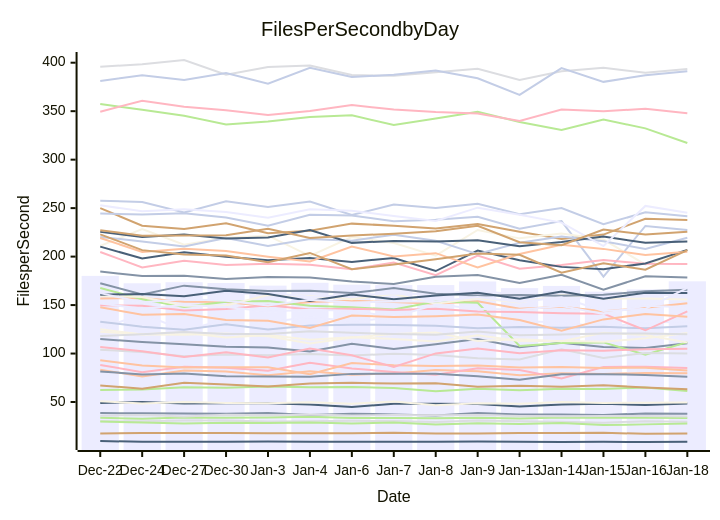
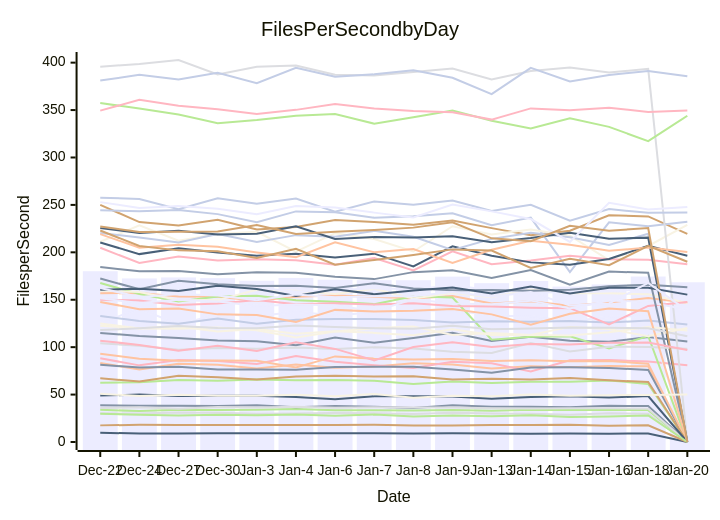
Before and after one commit to streetsidesoftware/cspell: the diagram in perf-report.md, drawn with Mermaid. The commit also changed other lines of this file and 1 other file, not shown here.

````diff
--- a/perf-report.md
+++ b/perf-report.md
@@ -10,57 +10,57 @@
 ```mermaid
 xychart-beta
     title Files Per Second by Day
     y-axis Files per Second
-    x-axis Date [Dec-22, Dec-24, Dec-27, Dec-30, Jan-3, Jan-4, Jan-6, Jan-7, Jan-8, Jan-9, Jan-13, Jan-14, Jan-15, Jan-16, Jan-18]
-    bar [180.09, 172.48, 173.54, 172.79, 170.07, 172.98, 171.06, 170.63, 170.60, 174.36, 167.48, 169.75, 163.88, 166.13, 174.50]
-    line [115.03, 111.88, 109.68, 107.07, 106.25, 102.14, 110.16, 104.65, 109.58, 115.11, 106.48, 111.07, 106.70, 105.83, 110.59]
-    line [83.25, 76.44, 82.43, 81.41, 77.52, 81.68, 78.20, 79.53, 83.01, 81.62, 77.54, 79.76, 78.94, 80.05, 79.79]
-    line [30.24, 30.04, 30.99, 30.88, 29.79, 30.12, 30.58, 30.44, 29.43, 30.82, 30.13, 29.74, 28.69, 30.19, 29.74]
-    line [33.89, 32.69, 33.95, 33.78, 33.96, 34.86, 33.41, 33.47, 33.19, 33.82, 33.01, 34.00, 33.70, 33.67, 33.62]
-    line [249.98, 231.90, 228.38, 234.40, 224.05, 226.75, 234.01, 231.87, 229.00, 233.60, 225.53, 218.14, 222.73, 239.07, 237.86]
-    line [244.43, 243.32, 244.74, 240.28, 231.82, 243.15, 242.35, 236.52, 238.12, 241.19, 228.64, 236.61, 179.24, 231.58, 227.41]
-    line [88.26, 80.81, 86.47, 85.34, 82.22, 90.61, 84.54, 80.98, 78.06, 84.72, 83.13, 74.36, 86.16, 86.38, 84.98]
-    line [9.78, 8.90, 9.07, 9.12, 9.16, 9.11, 9.12, 9.14, 8.90, 9.21, 9.09, 8.82, 8.93, 8.76, 8.99]
-    line [211.10, 228.39, 212.27, 219.38, 221.60, 200.66, 220.18, 213.99, 200.90, 227.46, 218.81, 223.94, 217.59, 191.78, 206.70]
-    line [125.20, 140.89, 123.76, 134.99, 132.64, 137.41, 133.47, 136.71, 138.45, 138.88, 133.26, 132.31, 127.23, 131.76, 132.93]
-    line [38.70, 38.32, 38.26, 37.85, 38.77, 36.54, 38.02, 37.20, 35.97, 38.77, 37.19, 37.15, 36.65, 38.13, 37.95]
-    line [156.77, 157.19, 153.46, 153.21, 148.91, 153.20, 154.41, 153.05, 151.33, 153.98, 146.13, 148.32, 143.55, 147.19, 151.83]
-    line [35.79, 36.55, 35.09, 36.98, 36.38, 37.08, 36.07, 36.65, 36.34, 36.49, 35.46, 35.24, 35.59, 35.58, 35.07]
-    line [167.61, 155.99, 148.15, 153.37, 154.17, 149.42, 147.86, 145.38, 153.63, 152.37, 107.78, 110.93, 111.50, 98.69, 111.74]
-    line [17.53, 18.08, 17.97, 17.93, 17.83, 17.83, 17.89, 18.19, 17.48, 17.44, 18.04, 18.04, 18.22, 17.23, 17.55]
-    line [132.89, 127.54, 124.61, 130.19, 124.72, 128.97, 129.63, 129.57, 128.75, 125.98, 127.26, 126.67, 127.57, 126.01, 128.09]
-    line [204.78, 188.75, 195.62, 191.45, 192.64, 191.68, 186.85, 193.93, 180.85, 201.04, 187.54, 191.28, 196.46, 192.64, 192.25]
-    line [210.28, 198.12, 204.40, 199.78, 196.30, 198.61, 194.45, 198.60, 185.12, 206.27, 196.30, 189.40, 186.97, 192.92, 206.92]
-    line [159.56, 158.26, 149.38, 149.63, 160.44, 159.38, 155.94, 161.49, 151.30, 157.09, 152.68, 160.69, 156.79, 156.81, 155.73]
-    line [171.52, 161.55, 160.38, 161.25, 162.72, 158.59, 160.02, 162.06, 161.10, 164.91, 160.36, 157.59, 157.97, 159.04, 161.40]
-    line [81.49, 78.49, 79.44, 76.50, 76.34, 76.08, 79.03, 79.23, 79.24, 76.50, 72.97, 78.65, 78.72, 77.98, 76.03]
-    line [93.06, 87.76, 85.72, 85.81, 85.78, 78.64, 90.27, 87.90, 87.06, 87.60, 85.54, 86.15, 85.12, 85.43, 82.51]
-    line [395.71, 398.52, 402.79, 387.60, 395.60, 397.05, 387.31, 386.47, 390.16, 393.74, 382.18, 391.17, 394.86, 389.55, 393.53]
-    line [62.39, 63.01, 65.26, 64.66, 65.89, 65.11, 65.47, 64.47, 61.13, 63.67, 62.15, 63.63, 63.52, 64.93, 61.26]
-    line [67.11, 63.78, 69.83, 68.15, 65.99, 69.11, 69.77, 69.09, 69.36, 65.84, 66.66, 65.78, 67.40, 65.04, 63.23]
-    line [220.31, 215.56, 210.39, 219.17, 210.98, 218.13, 216.47, 222.63, 216.37, 202.60, 214.18, 220.74, 215.80, 207.87, 219.52]
-    line [149.89, 149.32, 144.39, 145.93, 149.70, 145.36, 146.19, 145.02, 146.18, 143.49, 142.76, 141.64, 141.15, 123.99, 143.49]
-    line [225.51, 220.33, 222.69, 218.79, 219.63, 227.40, 214.16, 216.11, 215.58, 216.92, 210.61, 215.07, 220.69, 214.26, 215.48]
-    line [124.95, 119.60, 119.43, 120.64, 117.82, 110.33, 116.53, 120.08, 121.77, 112.94, 114.87, 112.73, 121.37, 119.21, 111.41]
-    line [151.56, 146.50, 150.10, 148.04, 143.32, 145.06, 144.14, 137.83, 150.50, 146.15, 145.30, 149.05, 140.78, 149.26, 147.65]
-    line [184.52, 180.06, 180.25, 176.99, 178.92, 178.38, 174.22, 171.75, 179.11, 181.04, 172.87, 181.24, 165.83, 179.67, 178.49]
-    line [219.19, 204.86, 207.97, 205.76, 199.93, 194.96, 210.48, 200.08, 203.53, 188.73, 202.65, 212.27, 207.96, 201.68, 204.97]
-    line [104.04, 101.53, 97.16, 99.08, 98.33, 99.60, 97.96, 99.84, 98.62, 95.10, 93.83, 104.36, 95.41, 100.49, 100.17]
-    line [357.38, 351.53, 345.39, 336.17, 339.40, 343.93, 345.83, 335.66, 342.43, 349.42, 338.80, 330.51, 341.37, 332.29, 317.17]
-    line [222.98, 206.68, 202.06, 201.20, 194.13, 203.79, 186.99, 191.85, 197.16, 203.10, 201.84, 183.49, 193.18, 186.41, 206.76]
-    line [257.62, 256.30, 245.45, 257.10, 251.12, 256.72, 242.84, 253.62, 250.11, 254.55, 243.64, 250.04, 233.42, 245.62, 241.64]
-    line [349.43, 360.81, 354.60, 350.95, 345.98, 350.21, 356.35, 351.62, 349.11, 347.65, 339.94, 351.75, 349.84, 352.46, 347.95]
-    line [48.96, 49.98, 48.46, 48.82, 48.74, 47.38, 44.97, 48.20, 48.28, 47.88, 45.48, 47.52, 48.15, 46.82, 48.44]
-    line [122.57, 119.82, 121.66, 116.64, 119.03, 114.16, 116.74, 115.06, 112.51, 118.83, 112.95, 112.89, 112.17, 115.75, 121.13]
-    line [252.93, 246.70, 248.73, 245.95, 240.13, 248.92, 247.35, 241.85, 236.85, 250.47, 243.18, 235.07, 210.91, 252.26, 245.25]
-    line [172.46, 160.97, 170.04, 166.42, 164.47, 164.70, 162.35, 167.49, 161.75, 159.91, 160.33, 159.51, 160.62, 164.27, 165.83]
-    line [147.65, 140.01, 140.67, 134.58, 133.84, 126.46, 139.31, 137.59, 138.48, 140.31, 134.58, 123.64, 135.23, 140.79, 137.86]
-    line [117.98, 119.98, 122.26, 120.11, 120.07, 122.96, 121.36, 120.04, 119.36, 122.67, 118.82, 119.70, 120.72, 120.60, 119.83]
-    line [29.86, 28.77, 27.94, 28.71, 28.29, 28.89, 27.76, 28.93, 26.82, 27.98, 27.25, 28.25, 26.29, 26.94, 27.92]
-    line [227.25, 221.39, 221.64, 222.00, 228.77, 219.30, 221.68, 223.62, 226.04, 231.74, 214.77, 211.68, 227.93, 222.84, 225.57]
-    line [381.16, 387.10, 382.18, 389.40, 378.43, 394.66, 385.25, 387.67, 392.05, 384.01, 366.78, 394.48, 380.24, 387.08, 391.19]
-    line [106.83, 102.33, 96.35, 101.39, 95.92, 105.11, 98.16, 86.10, 100.14, 105.08, 100.22, 103.42, 102.77, 104.55, 104.84]
-    line [160.66, 161.47, 159.18, 164.75, 161.43, 154.09, 160.97, 155.89, 159.83, 162.81, 156.59, 163.92, 156.50, 162.70, 162.52]
-    line [50.84, 48.41, 49.94, 48.88, 48.70, 49.88, 48.16, 50.54, 46.59, 48.81, 48.15, 49.96, 48.86, 49.35, 49.61]
-    line [162.32, 152.82, 156.10, 154.49, 149.59, 155.51, 152.61, 153.69, 153.81, 158.28, 153.24, 158.05, 143.97, 146.11, 167.84]
+    x-axis Date [Dec-22, Dec-24, Dec-27, Dec-30, Jan-3, Jan-4, Jan-6, Jan-7, Jan-8, Jan-9, Jan-13, Jan-14, Jan-15, Jan-16, Jan-18, Jan-20]
+    bar [180.09, 172.48, 173.54, 172.79, 170.07, 172.98, 171.06, 170.63, 170.60, 174.36, 167.48, 169.75, 163.88, 166.13, 174.50, 168.43]
+    line [115.03, 111.88, 109.68, 107.07, 106.25, 102.14, 110.16, 104.65, 109.58, 115.11, 106.48, 111.07, 106.70, 105.83, 110.59, 105.90]
+    line [83.25, 76.44, 82.43, 81.41, 77.52, 81.68, 78.20, 79.53, 83.01, 81.62, 77.54, 79.76, 78.94, 80.05, 79.79, 0.00]
+    line [30.24, 30.04, 30.99, 30.88, 29.79, 30.12, 30.58, 30.44, 29.43, 30.82, 30.13, 29.74, 28.69, 30.19, 29.74, 0.00]
+    line [33.89, 32.69, 33.95, 33.78, 33.96, 34.86, 33.41, 33.47, 33.19, 33.82, 33.01, 34.00, 33.70, 33.67, 33.62, 0.00]
+    line [249.98, 231.90, 228.38, 234.40, 224.05, 226.75, 234.01, 231.87, 229.00, 233.60, 225.53, 218.14, 222.73, 239.07, 237.86, 219.38]
+    line [244.43, 243.32, 244.74, 240.28, 231.82, 243.15, 242.35, 236.52, 238.12, 241.19, 228.64, 236.61, 179.24, 231.58, 227.41, 232.25]
+    line [88.26, 80.81, 86.47, 85.34, 82.22, 90.61, 84.54, 80.98, 78.06, 84.72, 83.13, 74.36, 86.16, 86.38, 84.98, 80.87]
+    line [9.78, 8.90, 9.07, 9.12, 9.16, 9.11, 9.12, 9.14, 8.90, 9.21, 9.09, 8.82, 8.93, 8.76, 8.99, 0.00]
+    line [211.10, 228.39, 212.27, 219.38, 221.60, 200.66, 220.18, 213.99, 200.90, 227.46, 218.81, 223.94, 217.59, 191.78, 206.70, 229.01]
+    line [125.20, 140.89, 123.76, 134.99, 132.64, 137.41, 133.47, 136.71, 138.45, 138.88, 133.26, 132.31, 127.23, 131.76, 132.93, 0.00]
+    line [38.70, 38.32, 38.26, 37.85, 38.77, 36.54, 38.02, 37.20, 35.97, 38.77, 37.19, 37.15, 36.65, 38.13, 37.95, 0.00]
+    line [156.77, 157.19, 153.46, 153.21, 148.91, 153.20, 154.41, 153.05, 151.33, 153.98, 146.13, 148.32, 143.55, 147.19, 151.83, 146.83]
+    line [35.79, 36.55, 35.09, 36.98, 36.38, 37.08, 36.07, 36.65, 36.34, 36.49, 35.46, 35.24, 35.59, 35.58, 35.07, 0.00]
+    line [167.61, 155.99, 148.15, 153.37, 154.17, 149.42, 147.86, 145.38, 153.63, 152.37, 107.78, 110.93, 111.50, 98.69, 111.74, 0.00]
+    line [17.53, 18.08, 17.97, 17.93, 17.83, 17.83, 17.89, 18.19, 17.48, 17.44, 18.04, 18.04, 18.22, 17.23, 17.55, 0.00]
+    line [132.89, 127.54, 124.61, 130.19, 124.72, 128.97, 129.63, 129.57, 128.75, 125.98, 127.26, 126.67, 127.57, 126.01, 128.09, 123.93]
+    line [204.78, 188.75, 195.62, 191.45, 192.64, 191.68, 186.85, 193.93, 180.85, 201.04, 187.54, 191.28, 196.46, 192.64, 192.25, 187.45]
+    line [210.28, 198.12, 204.40, 199.78, 196.30, 198.61, 194.45, 198.60, 185.12, 206.27, 196.30, 189.40, 186.97, 192.92, 206.92, 196.43]
+    line [159.56, 158.26, 149.38, 149.63, 160.44, 159.38, 155.94, 161.49, 151.30, 157.09, 152.68, 160.69, 156.79, 156.81, 155.73, 146.52]
+    line [171.52, 161.55, 160.38, 161.25, 162.72, 158.59, 160.02, 162.06, 161.10, 164.91, 160.36, 157.59, 157.97, 159.04, 161.40, 158.69]
+    line [81.49, 78.49, 79.44, 76.50, 76.34, 76.08, 79.03, 79.23, 79.24, 76.50, 72.97, 78.65, 78.72, 77.98, 76.03, 0.00]
+    line [93.06, 87.76, 85.72, 85.81, 85.78, 78.64, 90.27, 87.90, 87.06, 87.60, 85.54, 86.15, 85.12, 85.43, 82.51, 0.00]
+    line [395.71, 398.52, 402.79, 387.60, 395.60, 397.05, 387.31, 386.47, 390.16, 393.74, 382.18, 391.17, 394.86, 389.55, 393.53, 0.00]
+    line [62.39, 63.01, 65.26, 64.66, 65.89, 65.11, 65.47, 64.47, 61.13, 63.67, 62.15, 63.63, 63.52, 64.93, 61.26, 0.00]
+    line [67.11, 63.78, 69.83, 68.15, 65.99, 69.11, 69.77, 69.09, 69.36, 65.84, 66.66, 65.78, 67.40, 65.04, 63.23, 0.00]
+    line [220.31, 215.56, 210.39, 219.17, 210.98, 218.13, 216.47, 222.63, 216.37, 202.60, 214.18, 220.74, 215.80, 207.87, 219.52, 0.00]
+    line [149.89, 149.32, 144.39, 145.93, 149.70, 145.36, 146.19, 145.02, 146.18, 143.49, 142.76, 141.64, 141.15, 123.99, 143.49, 147.59]
+    line [225.51, 220.33, 222.69, 218.79, 219.63, 227.40, 214.16, 216.11, 215.58, 216.92, 210.61, 215.07, 220.69, 214.26, 215.48, 0.00]
+    line [124.95, 119.60, 119.43, 120.64, 117.82, 110.33, 116.53, 120.08, 121.77, 112.94, 114.87, 112.73, 121.37, 119.21, 111.41, 120.28]
+    line [151.56, 146.50, 150.10, 148.04, 143.32, 145.06, 144.14, 137.83, 150.50, 146.15, 145.30, 149.05, 140.78, 149.26, 147.65, 139.36]
+    line [184.52, 180.06, 180.25, 176.99, 178.92, 178.38, 174.22, 171.75, 179.11, 181.04, 172.87, 181.24, 165.83, 179.67, 178.49, 0.00]
+    line [219.19, 204.86, 207.97, 205.76, 199.93, 194.96, 210.48, 200.08, 203.53, 188.73, 202.65, 212.27, 207.96, 201.68, 204.97, 200.41]
+    line [104.04, 101.53, 97.16, 99.08, 98.33, 99.60, 97.96, 99.84, 98.62, 95.10, 93.83, 104.36, 95.41, 100.49, 100.17, 98.43]
+    line [357.38, 351.53, 345.39, 336.17, 339.40, 343.93, 345.83, 335.66, 342.43, 349.42, 338.80, 330.51, 341.37, 332.29, 317.17, 344.00]
+    line [222.98, 206.68, 202.06, 201.20, 194.13, 203.79, 186.99, 191.85, 197.16, 203.10, 201.84, 183.49, 193.18, 186.41, 206.76, 190.09]
+    line [257.62, 256.30, 245.45, 257.10, 251.12, 256.72, 242.84, 253.62, 250.11, 254.55, 243.64, 250.04, 233.42, 245.62, 241.64, 242.10]
+    line [349.43, 360.81, 354.60, 350.95, 345.98, 350.21, 356.35, 351.62, 349.11, 347.65, 339.94, 351.75, 349.84, 352.46, 347.95, 349.61]
+    line [48.96, 49.98, 48.46, 48.82, 48.74, 47.38, 44.97, 48.20, 48.28, 47.88, 45.48, 47.52, 48.15, 46.82, 48.44, 0.00]
+    line [122.57, 119.82, 121.66, 116.64, 119.03, 114.16, 116.74, 115.06, 112.51, 118.83, 112.95, 112.89, 112.17, 115.75, 121.13, 117.45]
+    line [252.93, 246.70, 248.73, 245.95, 240.13, 248.92, 247.35, 241.85, 236.85, 250.47, 243.18, 235.07, 210.91, 252.26, 245.25, 247.79]
+    line [172.46, 160.97, 170.04, 166.42, 164.47, 164.70, 162.35, 167.49, 161.75, 159.91, 160.33, 159.51, 160.62, 164.27, 165.83, 163.17]
+    line [147.65, 140.01, 140.67, 134.58, 133.84, 126.46, 139.31, 137.59, 138.48, 140.31, 134.58, 123.64, 135.23, 140.79, 137.86, 0.00]
+    line [117.98, 119.98, 122.26, 120.11, 120.07, 122.96, 121.36, 120.04, 119.36, 122.67, 118.82, 119.70, 120.72, 120.60, 119.83, 111.61]
+    line [29.86, 28.77, 27.94, 28.71, 28.29, 28.89, 27.76, 28.93, 26.82, 27.98, 27.25, 28.25, 26.29, 26.94, 27.92, 0.00]
+    line [227.25, 221.39, 221.64, 222.00, 228.77, 219.30, 221.68, 223.62, 226.04, 231.74, 214.77, 211.68, 227.93, 222.84, 225.57, 0.00]
+    line [381.16, 387.10, 382.18, 389.40, 378.43, 394.66, 385.25, 387.67, 392.05, 384.01, 366.78, 394.48, 380.24, 387.08, 391.19, 385.76]
+    line [106.83, 102.33, 96.35, 101.39, 95.92, 105.11, 98.16, 86.10, 100.14, 105.08, 100.22, 103.42, 102.77, 104.55, 104.84, 96.90]
+    line [160.66, 161.47, 159.18, 164.75, 161.43, 154.09, 160.97, 155.89, 159.83, 162.81, 156.59, 163.92, 156.50, 162.70, 162.52, 155.39]
+    line [50.84, 48.41, 49.94, 48.88, 48.70, 49.88, 48.16, 50.54, 46.59, 48.81, 48.15, 49.96, 48.86, 49.35, 49.61, 49.98]
+    line [162.32, 152.82, 156.10, 154.49, 149.59, 155.51, 152.61, 153.69, 153.81, 158.28, 153.24, 158.05, 143.97, 146.11, 167.84, 138.47]
 ```
````
